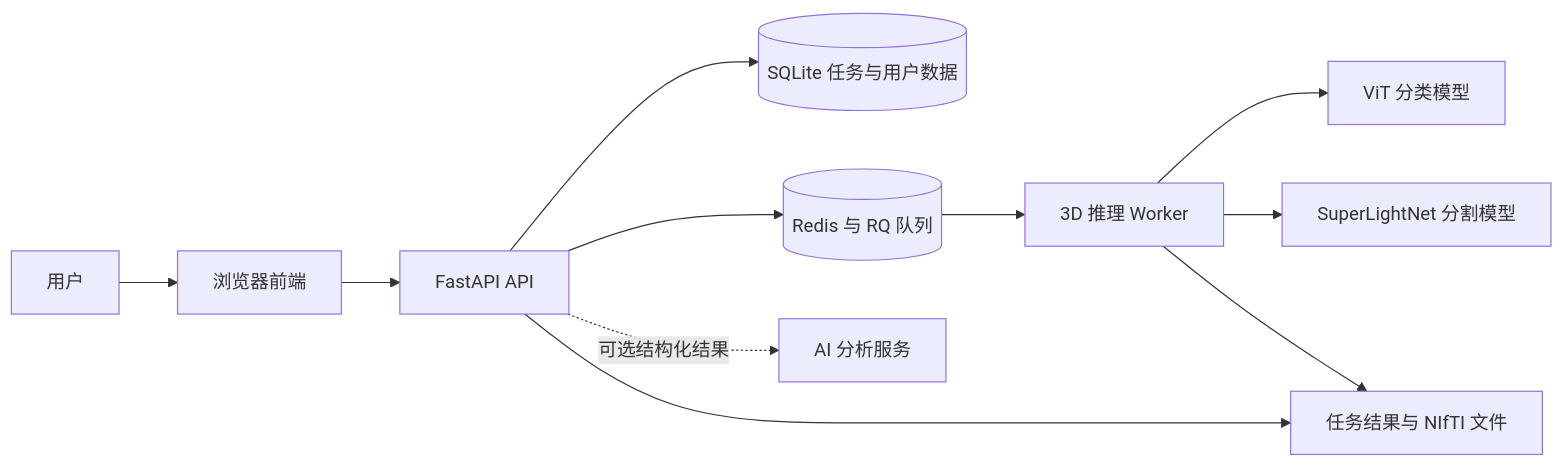
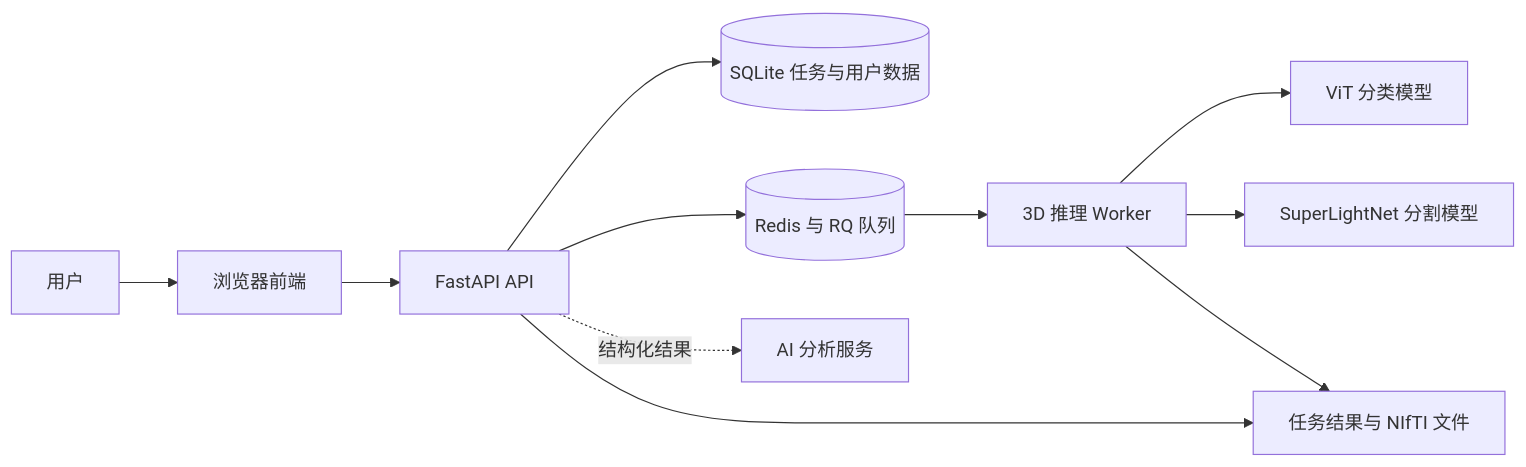
Before and after one commit to ckckh2023/BTIR-BrainTumor-ImageRecognition: the diagram in README.md, drawn with Mermaid. The commit also changed other lines of this file and 2 other files, not shown here.

````diff
--- a/README.md
+++ b/README.md
@@ -21,13 +21,13 @@
 ```mermaid
 flowchart LR
     U[用户] --> F[浏览器前端]
     F --> A[FastAPI API]
     A --> D[(SQLite 任务与用户数据)]
     A --> R[(Redis 与 RQ 队列)]
     R --> W[3D 推理 Worker]
     W --> C[ViT 分类模型]
     W --> S[SuperLightNet 分割模型]
     W --> O[任务结果与 NIfTI 文件]
     A --> O
-    A -. 可选结构化结果 .-> DS[AI 分析服务]
+    A -. 结构化结果 .-> DS[AI 分析服务]
 ```
````
